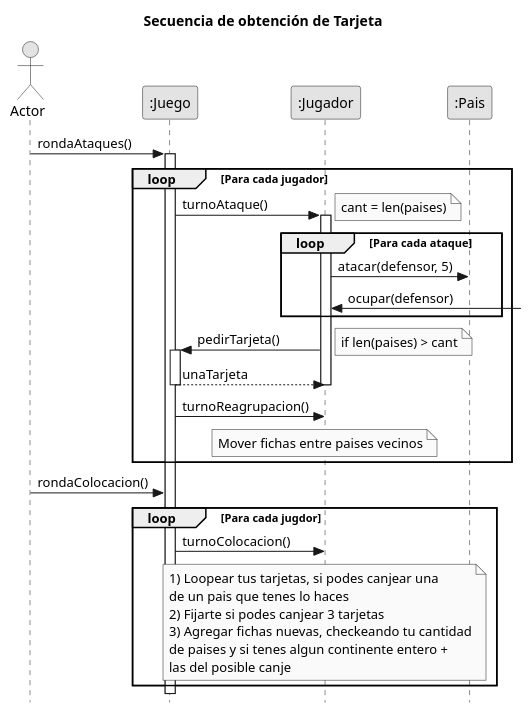
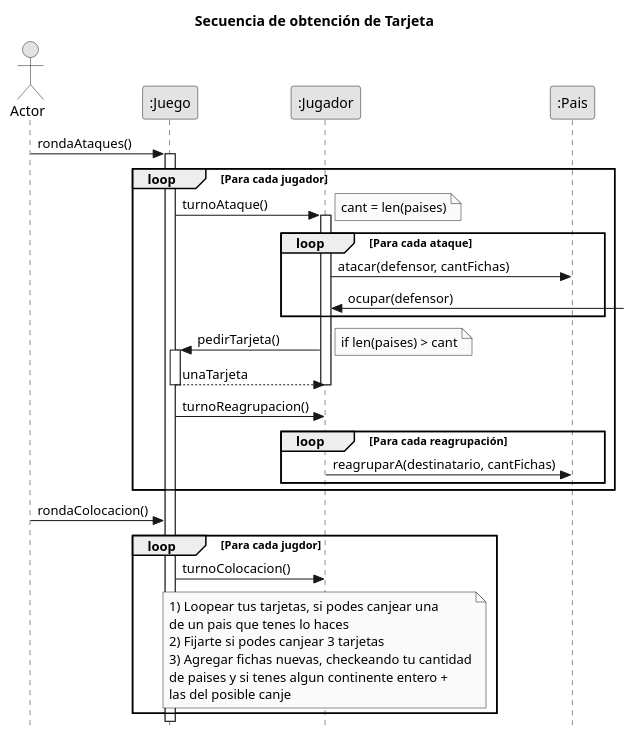
Before and after one commit to Gabrielsem/A.L.T.E.G.O.: the diagram in UML/tarjetas.plantuml, drawn with PlantUML.

Commit message:
Update UML ronda ataques

```diff
--- a/UML/tarjetas.plantuml
+++ b/UML/tarjetas.plantuml
@@ -1,46 +1,47 @@
 @startuml
 title Secuencia de obtención de Tarjeta
 skinparam responseMessageBelowArrow true
 skinparam monochrome true
 skinparam style strictuml
 hide footbox
 
 actor Actor
 participant jueg as ":Juego"
 participant jug as ":Jugador"
 participant pais as ":Pais"
 
 Actor -> jueg ++: rondaAtaques()
 
 loop Para cada jugador
     jueg -> jug ++: turnoAtaque()
     note right: cant = len(paises)
     loop Para cada ataque
-        jug -> pais: atacar(defensor, 5)
+        jug -> pais: atacar(defensor, cantFichas)
         jug <-] : ocupar(defensor)
     end loop
 
     jug -> jueg ++: pedirTarjeta()
     note right: if len(paises) > cant
     jueg --> jug --: unaTarjeta
     deactivate jug
 
     jueg -> jug: turnoReagrupacion()
-    note over jug
-        Mover fichas entre paises vecinos
-    end note
+    loop Para cada reagrupación
+        jug -> pais: reagruparA(destinatario, cantFichas)
+    end loop
+
 end loop
 
 Actor -> jueg: rondaColocacion()
 loop Para cada jugdor
     jueg -> jug: turnoColocacion()
     note over jug
         1) Loopear tus tarjetas, si podes canjear una
         de un pais que tenes lo haces
         2) Fijarte si podes canjear 3 tarjetas
         3) Agregar fichas nuevas, checkeando tu cantidad
         de paises y si tenes algun continente entero + 
         las del posible canje
     end note
 end loop
 @enduml
```
